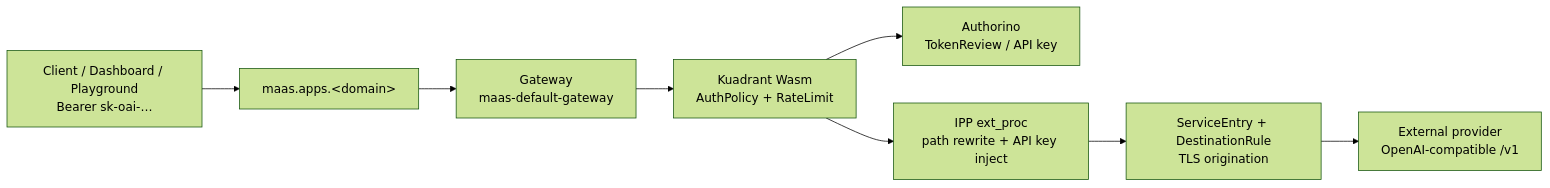
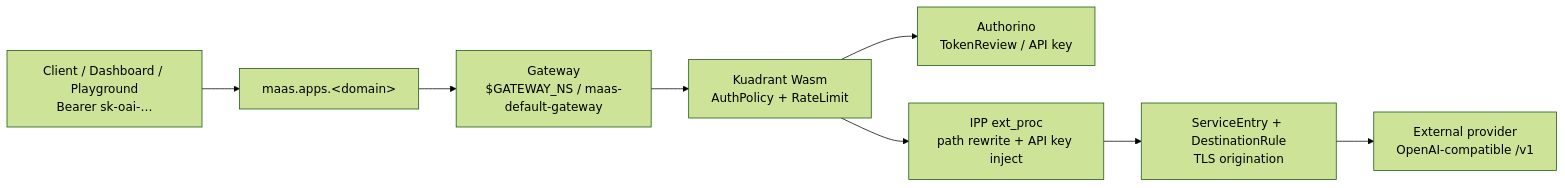
The first of 4 diagrams in CONFIGURING_MAAS.md (gateway-smashes/maas-external-model), drawn with Mermaid (forest theme) before and after one commit. The commit also changed other lines of this file and 10 other files, not shown here.

````diff
--- a/CONFIGURING_MAAS.md
+++ b/CONFIGURING_MAAS.md
@@ -33,15 +33,15 @@
 ```mermaid
 flowchart LR
   Client["Client / Dashboard / Playground<br/>Bearer sk-oai-…"]
   LB["maas.apps.&lt;domain&gt;"]
-  GW["Gateway<br/>maas-default-gateway"]
+  GW["Gateway<br/>$GATEWAY_NS / maas-default-gateway"]
   Wasm["Kuadrant Wasm<br/>AuthPolicy + RateLimit"]
   Authorino["Authorino<br/>TokenReview / API key"]
   IPP["IPP ext_proc<br/>path rewrite + API key inject"]
   SE["ServiceEntry + DestinationRule<br/>TLS origination"]
   Provider["External provider<br/>OpenAI-compatible /v1"]
 
   Client --> LB --> GW --> Wasm
   Wasm --> Authorino
   Wasm --> IPP --> SE --> Provider
 ```
````
